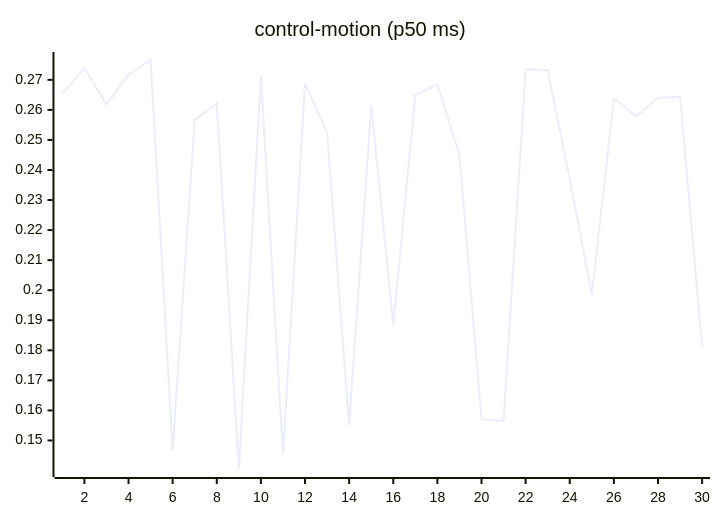
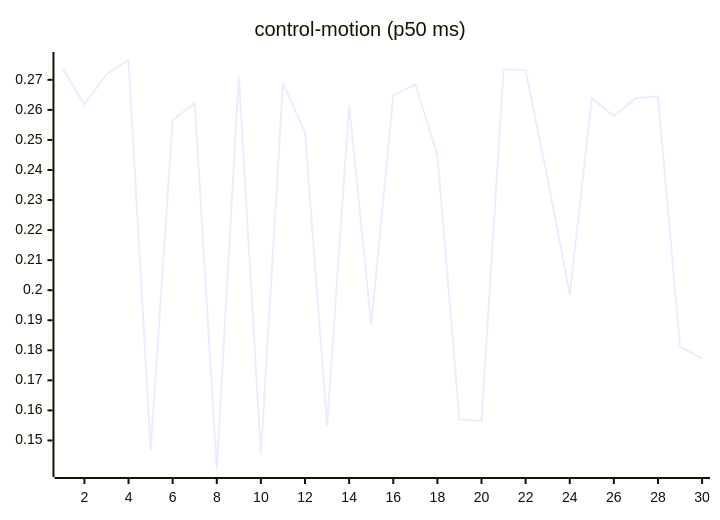
One commit to josha/Facet changed the seventh of 27 diagrams in README.md. Above: the diagram before and after it, drawn with Mermaid. The commit also changed other lines of this file and 2 other files, not shown here.

````diff
--- a/README.md
+++ b/README.md
@@ -105,6 +105,6 @@
 ```mermaid
 xychart-beta
     title "control-motion (p50 ms)"
     x-axis 1 --> 30
-    line [0.2653, 0.2739, 0.2618, 0.2718, 0.2766, 0.1467, 0.2566, 0.2622, 0.1405, 0.2712, 0.1454, 0.2688, 0.2525, 0.1550, 0.2615, 0.1884, 0.2648, 0.2685, 0.2450, 0.1570, 0.1565, 0.2735, 0.2732, 0.2370, 0.1986, 0.2638, 0.2579, 0.2640, 0.2644, 0.1812]
+    line [0.2739, 0.2618, 0.2718, 0.2766, 0.1467, 0.2566, 0.2622, 0.1405, 0.2712, 0.1454, 0.2688, 0.2525, 0.1550, 0.2615, 0.1884, 0.2648, 0.2685, 0.2450, 0.1570, 0.1565, 0.2735, 0.2732, 0.2370, 0.1986, 0.2638, 0.2579, 0.2640, 0.2644, 0.1812, 0.1773]
 ```
````
